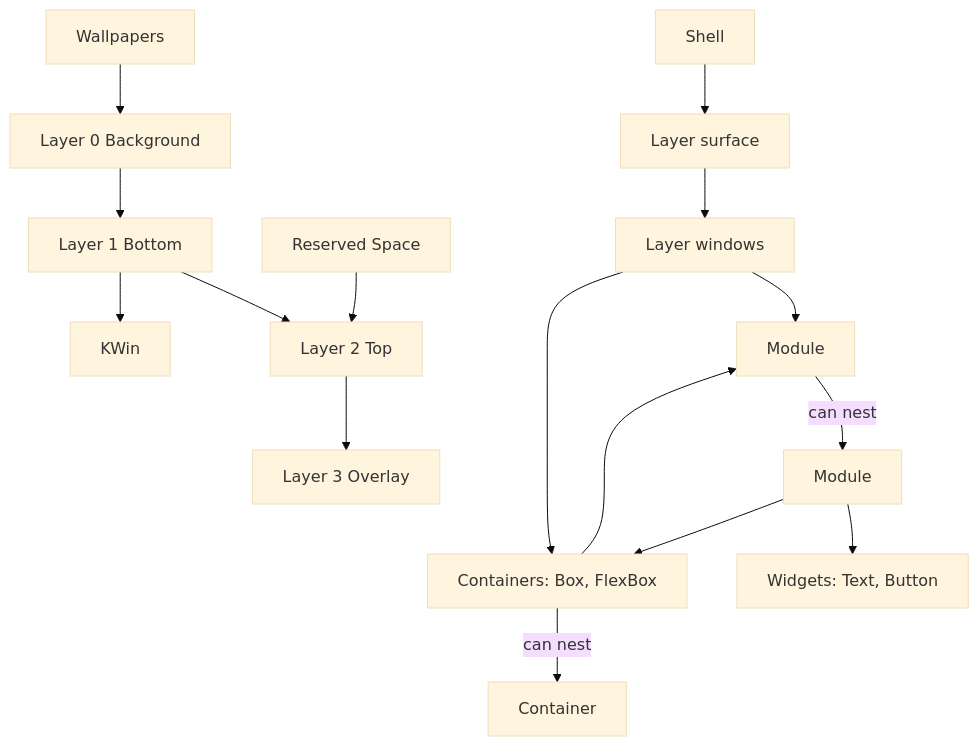
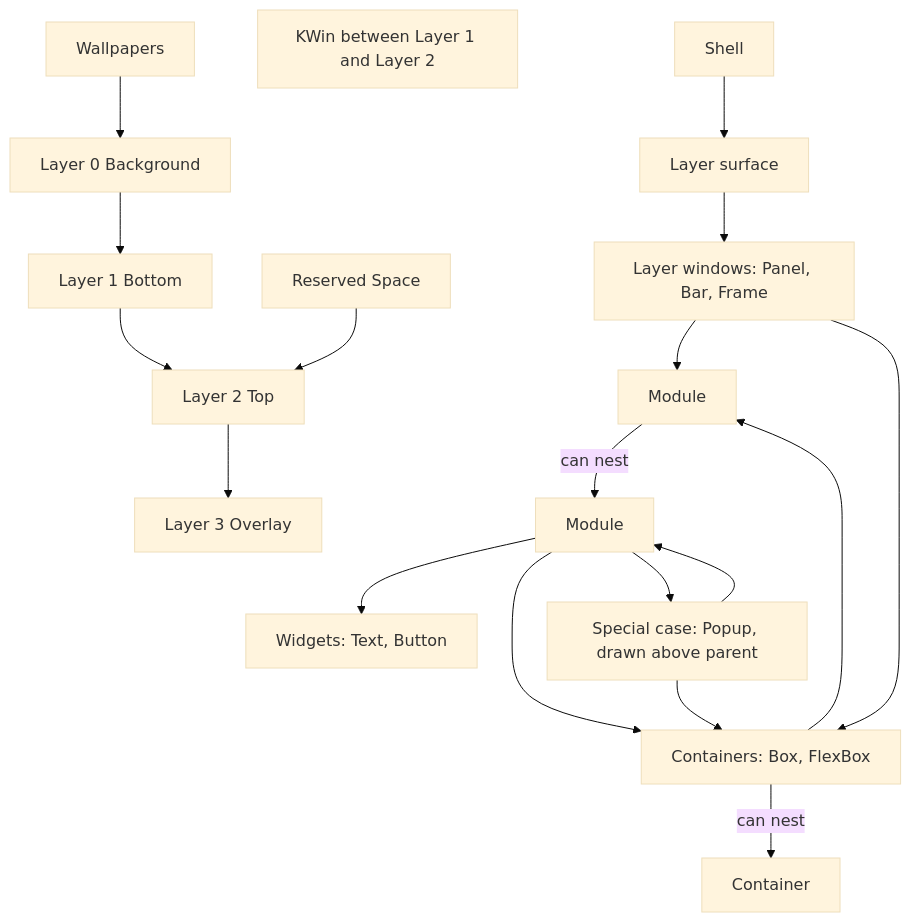
One commit to mindderivative/tess-shell changed the diagram in 20 Architecture/Shell Structure.md. Above: the diagram before and after it, drawn with Mermaid (base theme). The commit also changed other lines of this file and 3 other files, not shown here.

Commit message:
Flow diagram v3: Layer 0 wallpapers only, KWin between layers, Popup as a special case in a module

````diff
--- a/20 Architecture/Shell Structure.md
+++ b/20 Architecture/Shell Structure.md
@@ -23,18 +23,21 @@
 ```mermaid
 flowchart TB
     wall[Wallpapers] --> l0[Layer 0 Background]
     l0 --> l1[Layer 1 Bottom]
     l1 --> l2[Layer 2 Top]
     l2 --> l3[Layer 3 Overlay]
-    l1 --> kwin[KWin]
     res[Reserved Space] --> l2
+    kwin[KWin between Layer 1 and Layer 2]
     shell[Shell] --> layers[Layer surface]
-    layers --> lw[Layer windows]
+    layers --> lw[Layer windows: Panel, Bar, Frame]
     lw --> mod1[Module]
     lw --> cont[Containers: Box, FlexBox]
     cont -->|can nest| cont2[Container]
     cont --> mod1
     mod1 -->|can nest| mod2[Module]
     mod2 --> widgets[Widgets: Text, Button]
     mod2 --> cont
+    mod2 --> pop[Special case: Popup, drawn above parent]
+    pop --> cont
+    pop --> mod2
 ```
````
